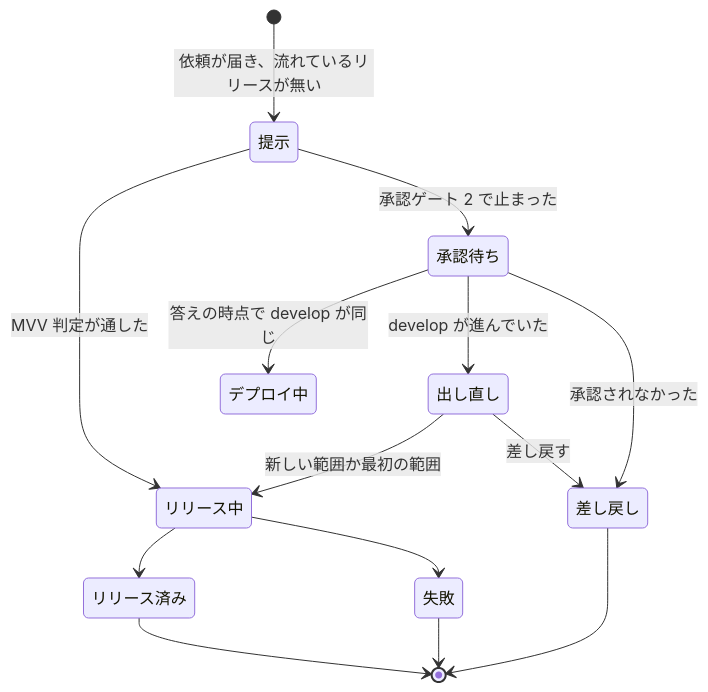
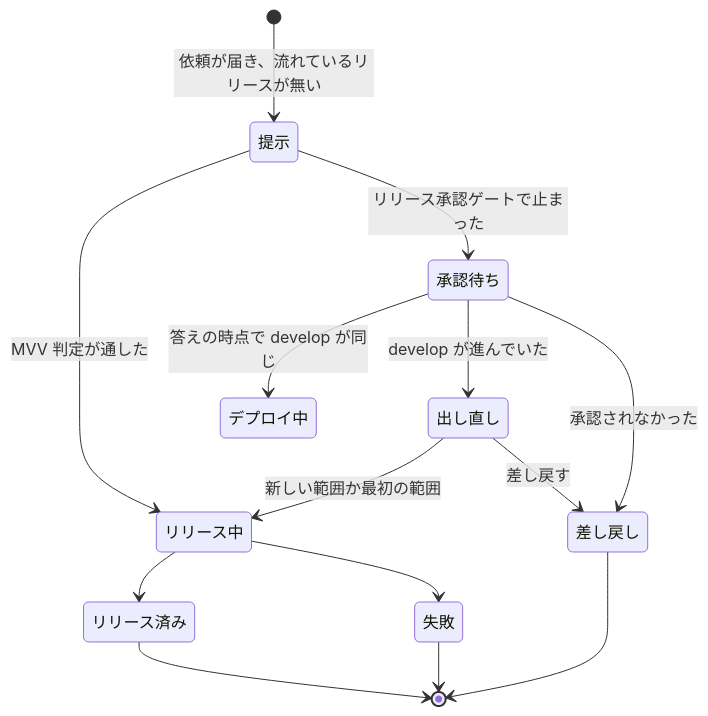
The second of 2 diagrams in docs/specifications/ndf-parallel-organizer.md (devbasex/ai-plugins), drawn with Mermaid before and after one commit. The commit also changed other lines of this file and 96 other files, not shown here.

````diff
--- a/docs/specifications/ndf-parallel-organizer.md
+++ b/docs/specifications/ndf-parallel-organizer.md
@@ -178,16 +178,16 @@
 ```mermaid
 stateDiagram-v2
     [*] --> 提示: 依頼が届き、流れているリリースが無い
     提示 --> リリース中: MVV 判定が通した
-    提示 --> 承認待ち: 承認ゲート 2 で止まった
+    提示 --> 承認待ち: リリース承認ゲートで止まった
     承認待ち --> デプロイ中: 答えの時点で develop が同じ
     承認待ち --> 出し直し: develop が進んでいた
     出し直し --> リリース中: 新しい範囲か最初の範囲
     承認待ち --> 差し戻し: 承認されなかった
     出し直し --> 差し戻し: 差し戻す
     リリース中 --> リリース済み
     リリース中 --> 失敗
     リリース済み --> [*]
     差し戻し --> [*]
     失敗 --> [*]
 ```
````
